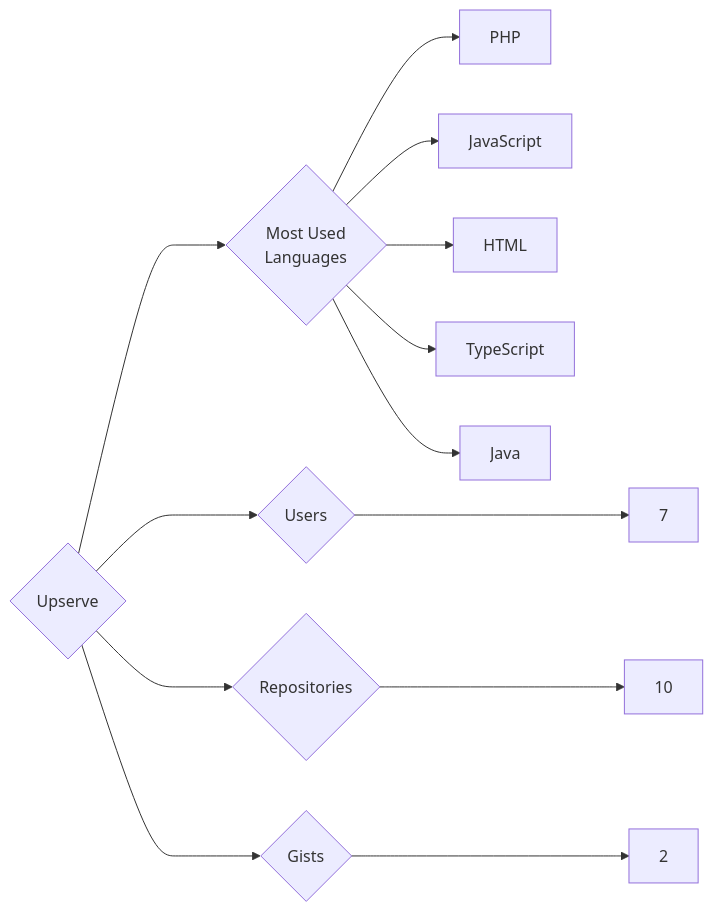
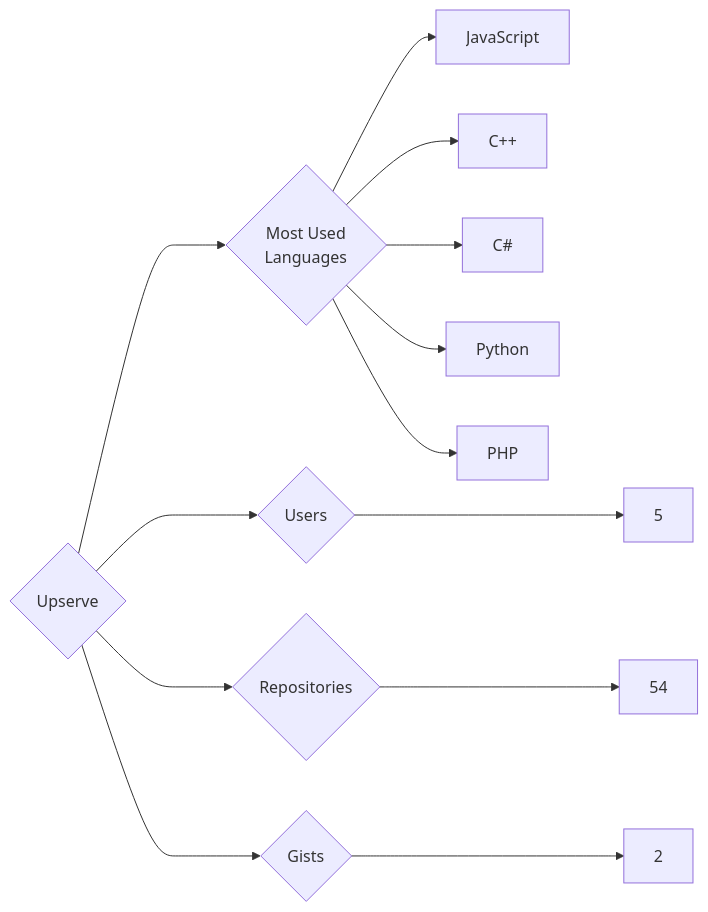
The diagram in targets/Upserve/README.md (trickest/insiders), drawn with Mermaid before and after one commit. The commit also changed 770 other files, not shown here.

````diff
--- a/targets/Upserve/README.md
+++ b/targets/Upserve/README.md
@@ -3,13 +3,13 @@
 ```mermaid
 graph LR
 COMPANY_NAME{Upserve}
-COMPANY_NAME ---> U{Users} ---> UN[7]
-COMPANY_NAME ---> R{Repositories} ---> RN[10]
+COMPANY_NAME ---> U{Users} ---> UN[5]
+COMPANY_NAME ---> R{Repositories} ---> RN[54]
 COMPANY_NAME ---> G{Gists} ---> GN[2]
 COMPANY_NAME ---> ML{Most Used<br>Languages}
+ML --> JavaScript[JavaScript]
+ML --> C++[C++]
+ML --> C#[C#]
+ML --> Python[Python]
 ML --> PHP[PHP]
-ML --> JavaScript[JavaScript]
-ML --> HTML[HTML]
-ML --> TypeScript[TypeScript]
-ML --> Java[Java]
 ```
````
